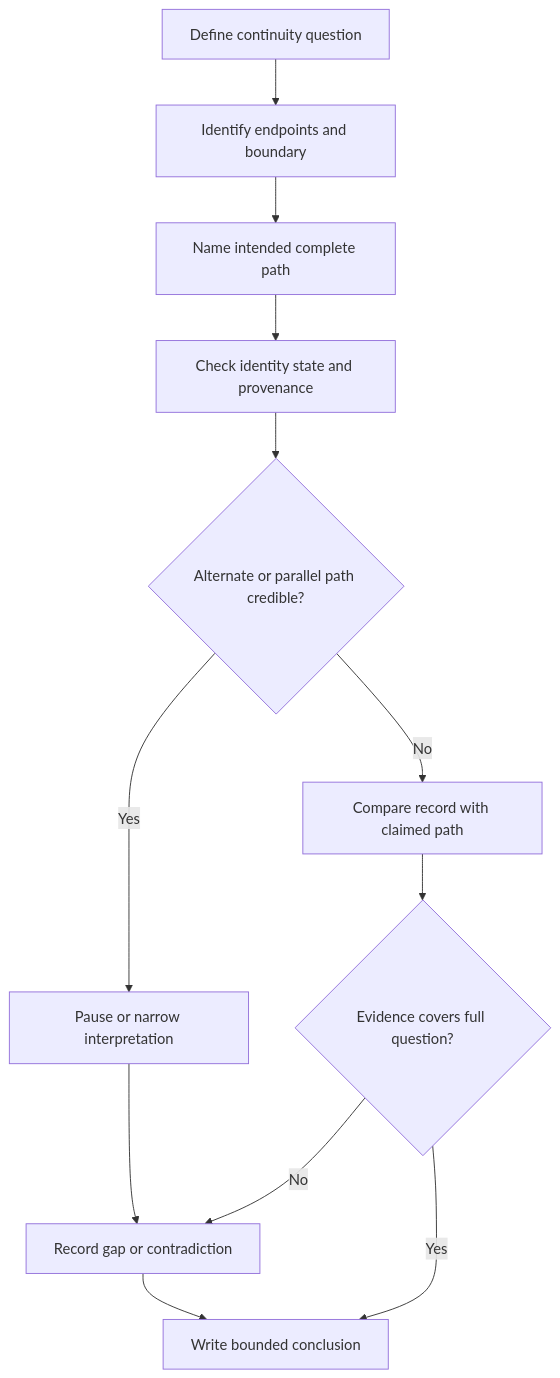
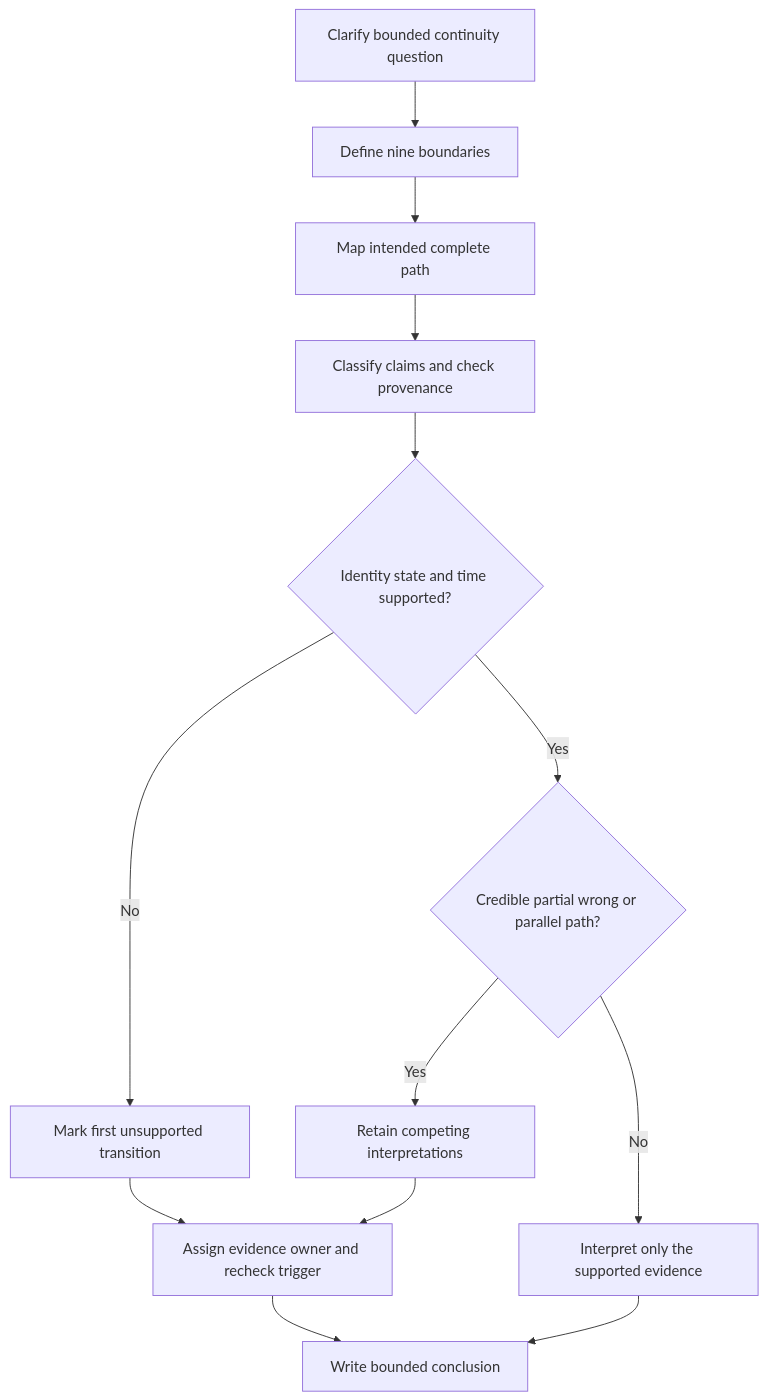
Before and after one commit to andrew3stedall/capstone: the first of 2 diagrams in docs/learning-plans/12-week/modules/day-64-continuity-evidence-and-common-interpretation-errors.md, drawn with Mermaid. The commit also changed other lines of this file and 3 other files, not shown here.

Commit message:
Improve Day 64 continuity evidence reasoning

````diff
--- a/docs/learning-plans/12-week/modules/day-64-continuity-evidence-and-common-interpretation-errors.md
+++ b/docs/learning-plans/12-week/modules/day-64-continuity-evidence-and-common-interpretation-errors.md
@@ -78,14 +131,15 @@
 ```mermaid
 flowchart TD
-  A[Define continuity question] --> B[Identify endpoints and boundary]
-  B --> C[Name intended complete path]
-  C --> D[Check identity state and provenance]
-  D --> E{Alternate or parallel path credible?}
-  E -->|Yes| F[Pause or narrow interpretation]
-  E -->|No| G[Compare record with claimed path]
-  F --> H[Record gap or contradiction]
-  G --> I{Evidence covers full question?}
-  I -->|No| H
-  I -->|Yes| J[Write bounded conclusion]
+  A[Clarify bounded continuity question] --> B[Define nine boundaries]
+  B --> C[Map intended complete path]
+  C --> D[Classify claims and check provenance]
+  D --> E{Identity state and time supported?}
+  E -->|No| F[Mark first unsupported transition]
+  E -->|Yes| G{Credible partial wrong or parallel path?}
+  G -->|Yes| H[Retain competing interpretations]
+  G -->|No| I[Interpret only the supported evidence]
+  F --> J[Assign evidence owner and recheck trigger]
   H --> J
+  I --> K[Write bounded conclusion]
+  J --> K
 ```
````
